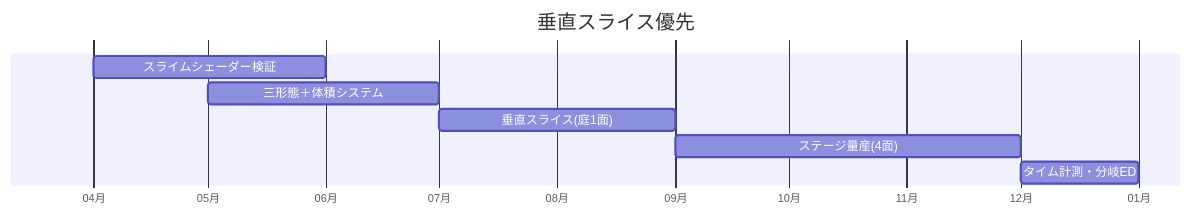
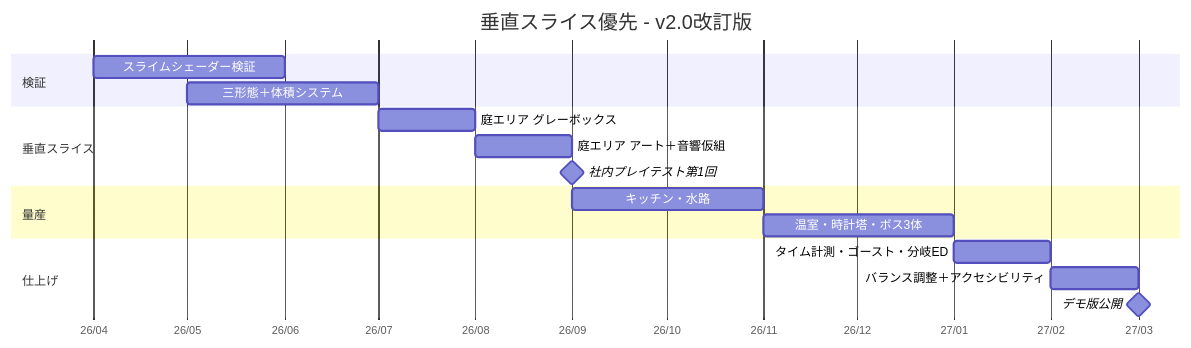
The third of 3 diagrams in docs/05_hashire-slime-kun.md (manato1201/Performance-comparison-of-each-AI), drawn with Mermaid before and after one commit. The commit also changed other lines of this file and 41 other files, not shown here.

````diff
--- a/docs/05_hashire-slime-kun.md
+++ b/docs/05_hashire-slime-kun.md
@@ -119,11 +467,20 @@
 ```mermaid
 gantt
-    title 垂直スライス優先
+    title 垂直スライス優先 - v2.0改訂版
     dateFormat YYYY-MM
-    axisFormat %m月
-    スライムシェーダー検証      :2026-04, 2M
-    三形態＋体積システム        :2026-05, 2M
-    垂直スライス(庭1面)         :2026-07, 2M
-    ステージ量産(4面)           :2026-09, 3M
-    タイム計測・分岐ED          :2026-12, 1M
+    axisFormat %y/%m
+    section 検証
+    スライムシェーダー検証        :2026-04, 2M
+    三形態＋体積システム          :2026-05, 2M
+    section 垂直スライス
+    庭エリア グレーボックス       :2026-07, 1M
+    庭エリア アート＋音響仮組     :2026-08, 1M
+    社内プレイテスト第1回          :milestone, 2026-09, 0M
+    section 量産
+    キッチン・水路                :2026-09, 2M
+    温室・時計塔・ボス3体          :2026-11, 2M
+    section 仕上げ
+    タイム計測・ゴースト・分岐ED  :2027-01, 1M
+    バランス調整＋アクセシビリティ :2027-02, 1M
+    デモ版公開                    :milestone, 2027-03, 0M
 ```
````
